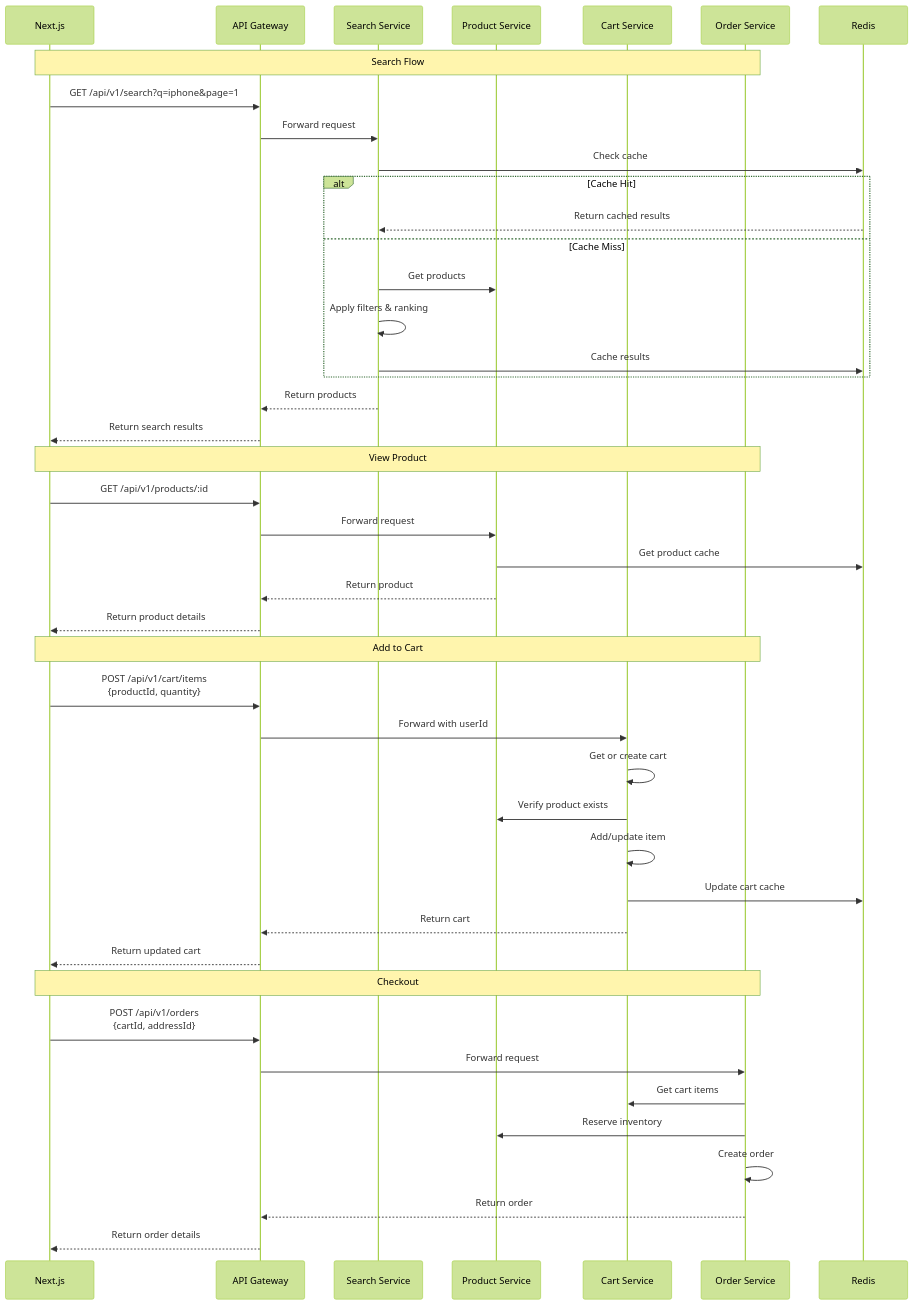
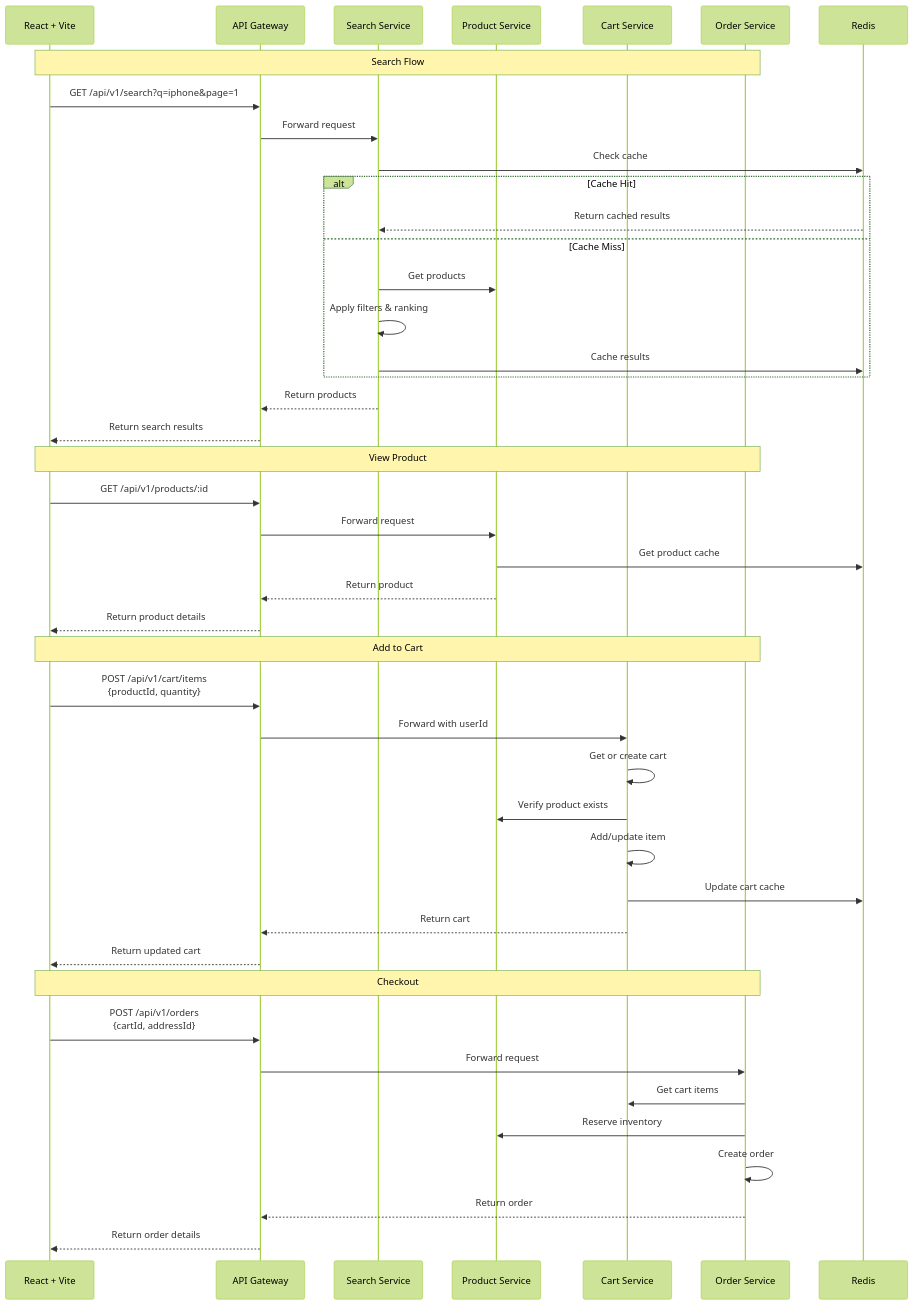
The seventh of 19 diagrams in docs/SYSTEM_DESIGN.md (rifatbond007/Ecommerce-Microservices-Platform), drawn with Mermaid (forest theme) before and after one commit. The commit also changed other lines of this file and 3 other files, not shown here.

Commit message:
docs: update frontend references from Next.js to React + Vite

````diff
--- a/docs/SYSTEM_DESIGN.md
+++ b/docs/SYSTEM_DESIGN.md
@@ -444,50 +444,50 @@
 ```mermaid
 sequenceDiagram
-    participant Client as Next.js
+    participant Client as React + Vite
     participant Gateway as API Gateway
     participant Search as Search Service
     participant Product as Product Service
     participant Cart as Cart Service
     participant Order as Order Service
     participant Redis as Redis
 
     Note over Client,Order: Search Flow
     Client->>Gateway: GET /api/v1/search?q=iphone&page=1
     Gateway->>Search: Forward request
     Search->>Redis: Check cache
     alt Cache Hit
         Redis-->>Search: Return cached results
     else Cache Miss
         Search->>Product: Get products
         Search->>Search: Apply filters & ranking
         Search->>Redis: Cache results
     end
     Search-->>Gateway: Return products
     Gateway-->>Client: Return search results
 
     Note over Client,Order: View Product
     Client->>Gateway: GET /api/v1/products/:id
     Gateway->>Product: Forward request
     Product->>Redis: Get product cache
     Product-->>Gateway: Return product
     Gateway-->>Client: Return product details
 
     Note over Client,Order: Add to Cart
     Client->>Gateway: POST /api/v1/cart/items<br/>{productId, quantity}
     Gateway->>Cart: Forward with userId
     Cart->>Cart: Get or create cart
     Cart->>Product: Verify product exists
     Cart->>Cart: Add/update item
     Cart->>Redis: Update cart cache
     Cart-->>Gateway: Return cart
     Gateway-->>Client: Return updated cart
 
     Note over Client,Order: Checkout
     Client->>Gateway: POST /api/v1/orders<br/>{cartId, addressId}
     Gateway->>Order: Forward request
     Order->>Cart: Get cart items
     Order->>Product: Reserve inventory
     Order->>Order: Create order
     Order-->>Gateway: Return order
     Gateway-->>Client: Return order details
 ```
````
